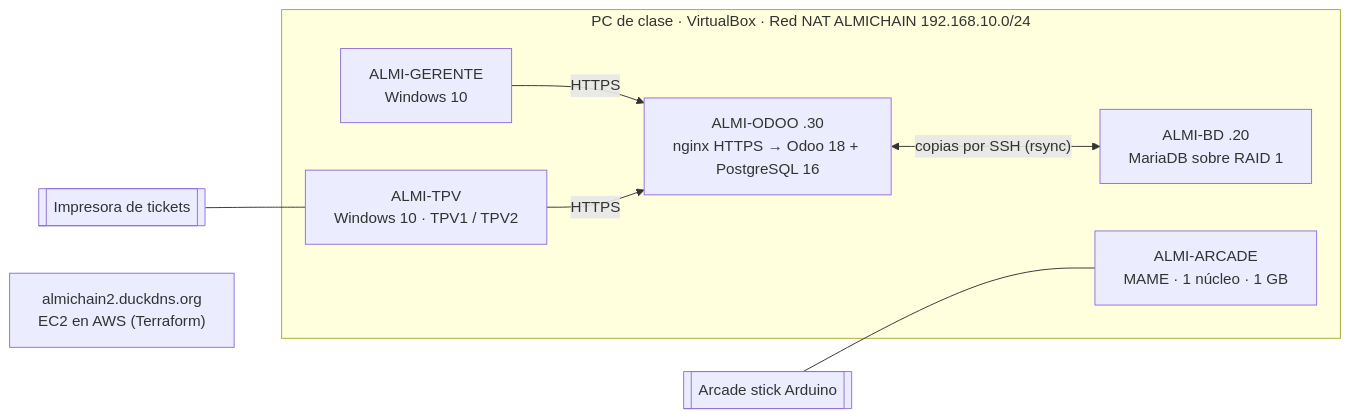
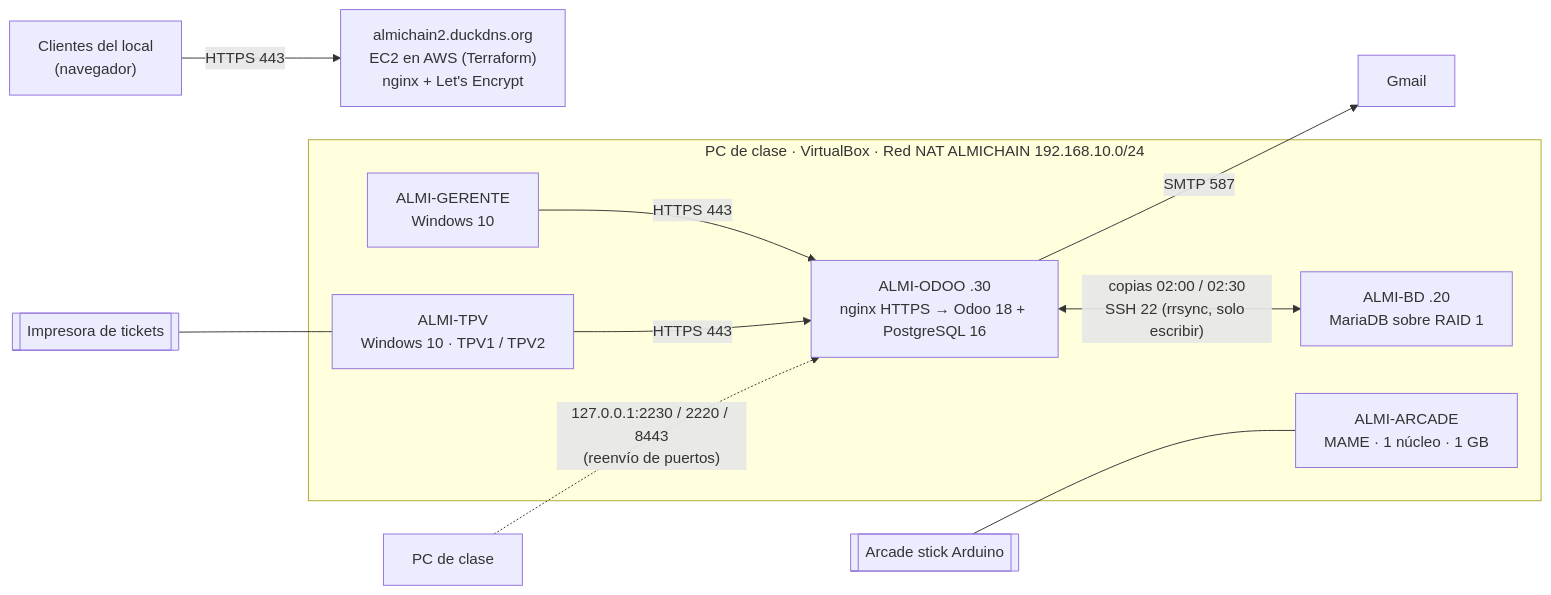
One commit to krako829/almichain-reto1 changed the diagram in README.md. Above: the diagram before and after it, drawn with Mermaid. The commit also changed other lines of this file and 7 other files, not shown here.

First line of the commit message:
Documentación: estado y origen de las evidencias, conclusiones, decisiones del profesor y del equipo, Lighthouse local de la web

````diff
--- a/README.md
+++ b/README.md
@@ -35,16 +76,18 @@
 ```mermaid
 flowchart LR
   subgraph PC["PC de clase · VirtualBox · Red NAT ALMICHAIN 192.168.10.0/24"]
     GER["ALMI-GERENTE<br/>Windows 10"]
     TPV["ALMI-TPV<br/>Windows 10 · TPV1 / TPV2"]
     ODOO["ALMI-ODOO .30<br/>nginx HTTPS → Odoo 18 + PostgreSQL 16"]
     BD["ALMI-BD .20<br/>MariaDB sobre RAID 1"]
     ARC["ALMI-ARCADE<br/>MAME · 1 núcleo · 1 GB"]
   end
   IMP[["Impresora de tickets"]] --- TPV
   STK[["Arcade stick Arduino"]] --- ARC
-  GER -- HTTPS --> ODOO
-  TPV -- HTTPS --> ODOO
-  ODOO <-- "copias por SSH (rsync)" --> BD
-  WEB["almichain2.duckdns.org<br/>EC2 en AWS (Terraform)"]
+  GER -- "HTTPS 443" --> ODOO
+  TPV -- "HTTPS 443" --> ODOO
+  ODOO <-- "copias 02:00 / 02:30<br/>SSH 22 (rrsync, solo escribir)" --> BD
+  ODOO -- "SMTP 587" --> GMAIL["Gmail"]
+  CLI["Clientes del local<br/>(navegador)"] -- "HTTPS 443" --> WEB["almichain2.duckdns.org<br/>EC2 en AWS (Terraform)<br/>nginx + Let's Encrypt"]
+  ADM["PC de clase"] -. "127.0.0.1:2230 / 2220 / 8443<br/>(reenvío de puertos)" .-> ODOO
 ```
````
